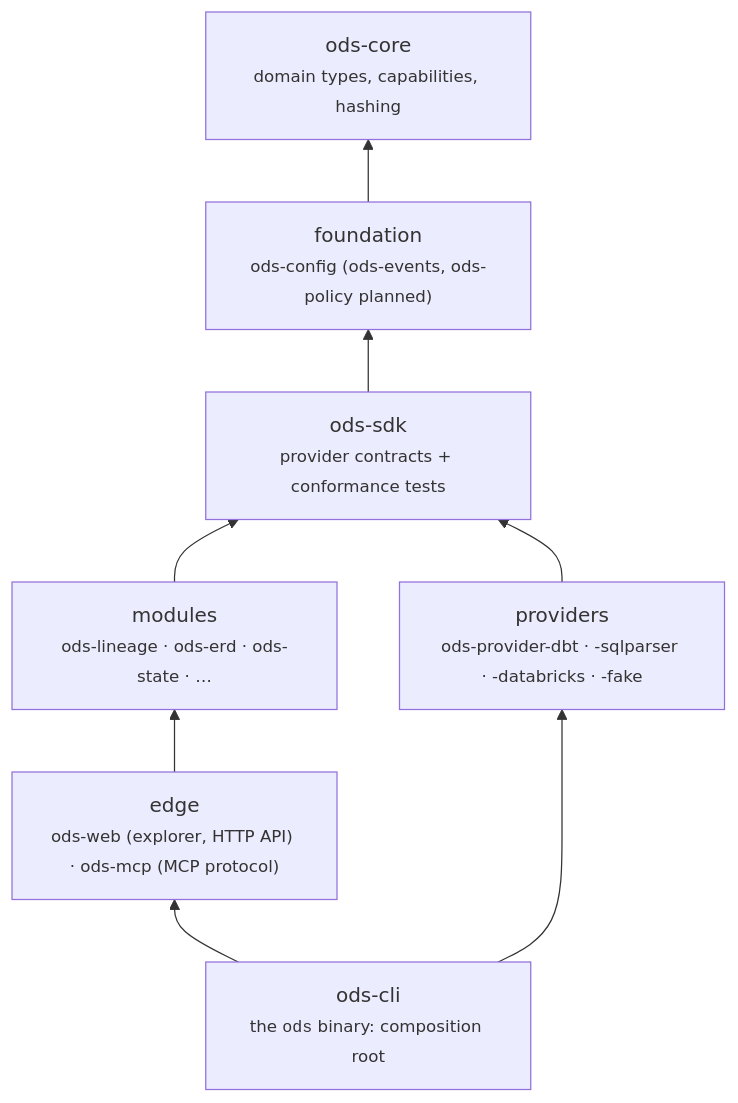
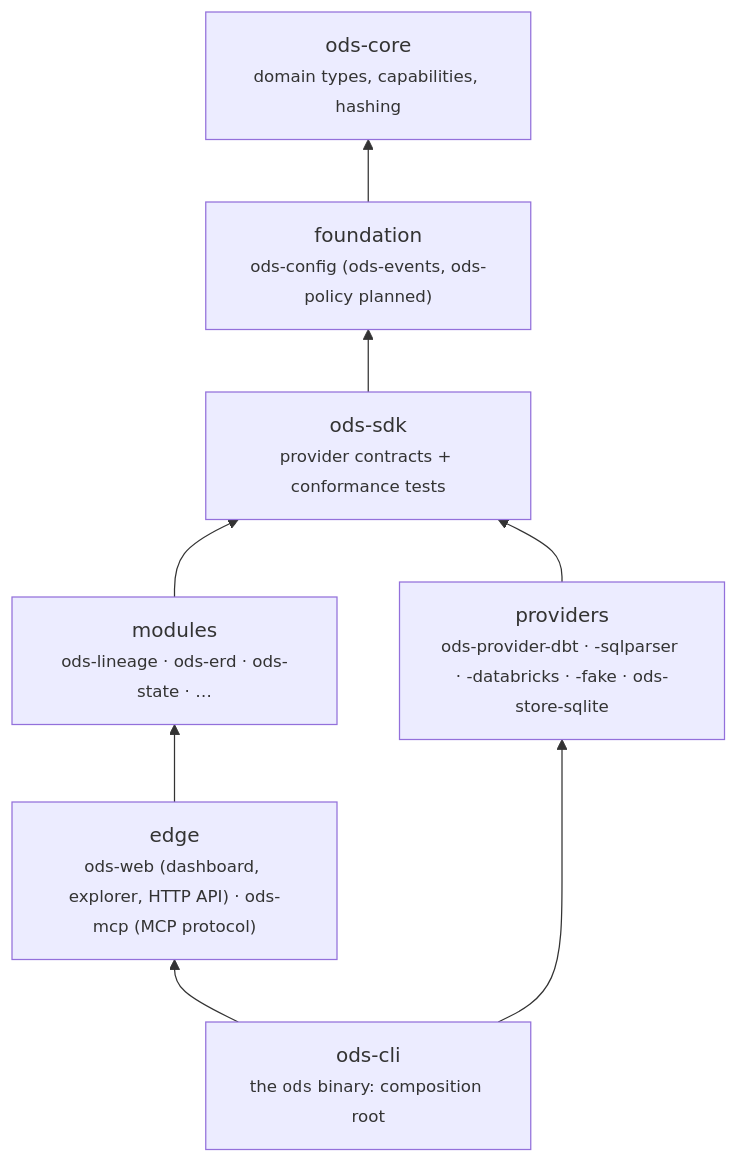
Before and after one commit to buchochelliq-labs/open-data-suite: the first of 2 diagrams in docs/architecture.md, drawn with Mermaid. The commit also changed other lines of this file and 12 other files, not shown here.

````diff
--- a/docs/architecture.md
+++ b/docs/architecture.md
@@ -11,17 +11,17 @@
 ```mermaid
 flowchart BT
     core["ods-core<br/><small>domain types, capabilities, hashing</small>"]
     foundation["foundation<br/><small>ods-config (ods-events, ods-policy planned)</small>"]
     sdk["ods-sdk<br/><small>provider contracts + conformance tests</small>"]
     modules["modules<br/><small>ods-lineage · ods-erd · ods-state · …</small>"]
-    providers["providers<br/><small>ods-provider-dbt · -sqlparser · -databricks · -fake</small>"]
-    edge["edge<br/><small>ods-web (explorer, HTTP API) · ods-mcp (MCP protocol)</small>"]
+    providers["providers<br/><small>ods-provider-dbt · -sqlparser · -databricks · -fake · ods-store-sqlite</small>"]
+    edge["edge<br/><small>ods-web (dashboard, explorer, HTTP API) · ods-mcp (MCP protocol)</small>"]
     cli["ods-cli<br/><small>the <code>ods</code> binary: composition root</small>"]
     foundation --> core
     sdk --> foundation
     modules --> sdk
     providers --> sdk
     edge --> modules
     cli --> edge
     cli --> providers
 ```
````
